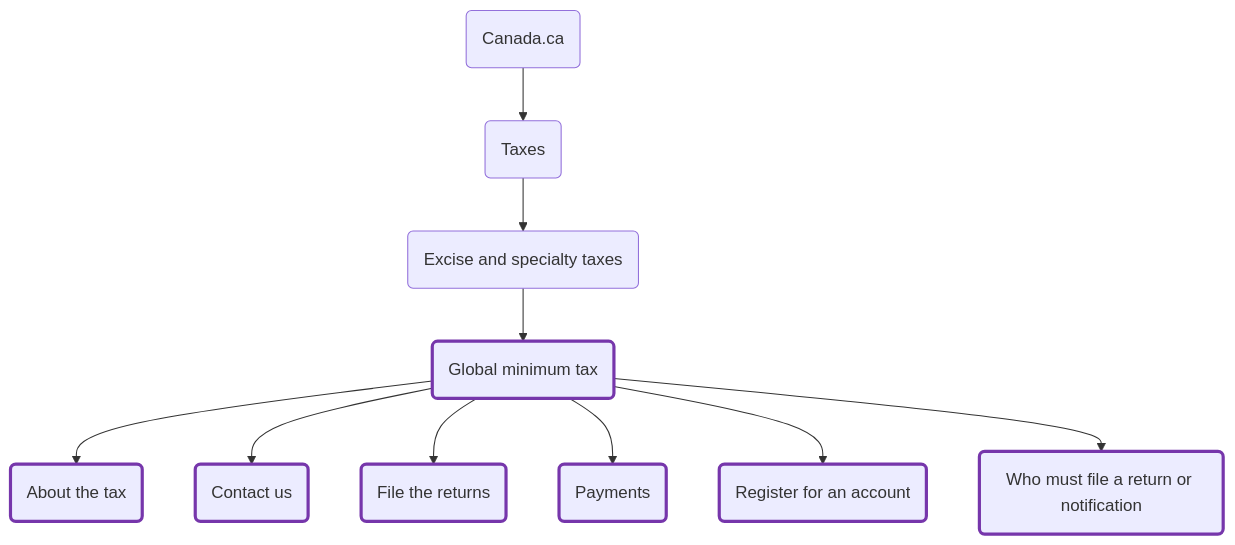
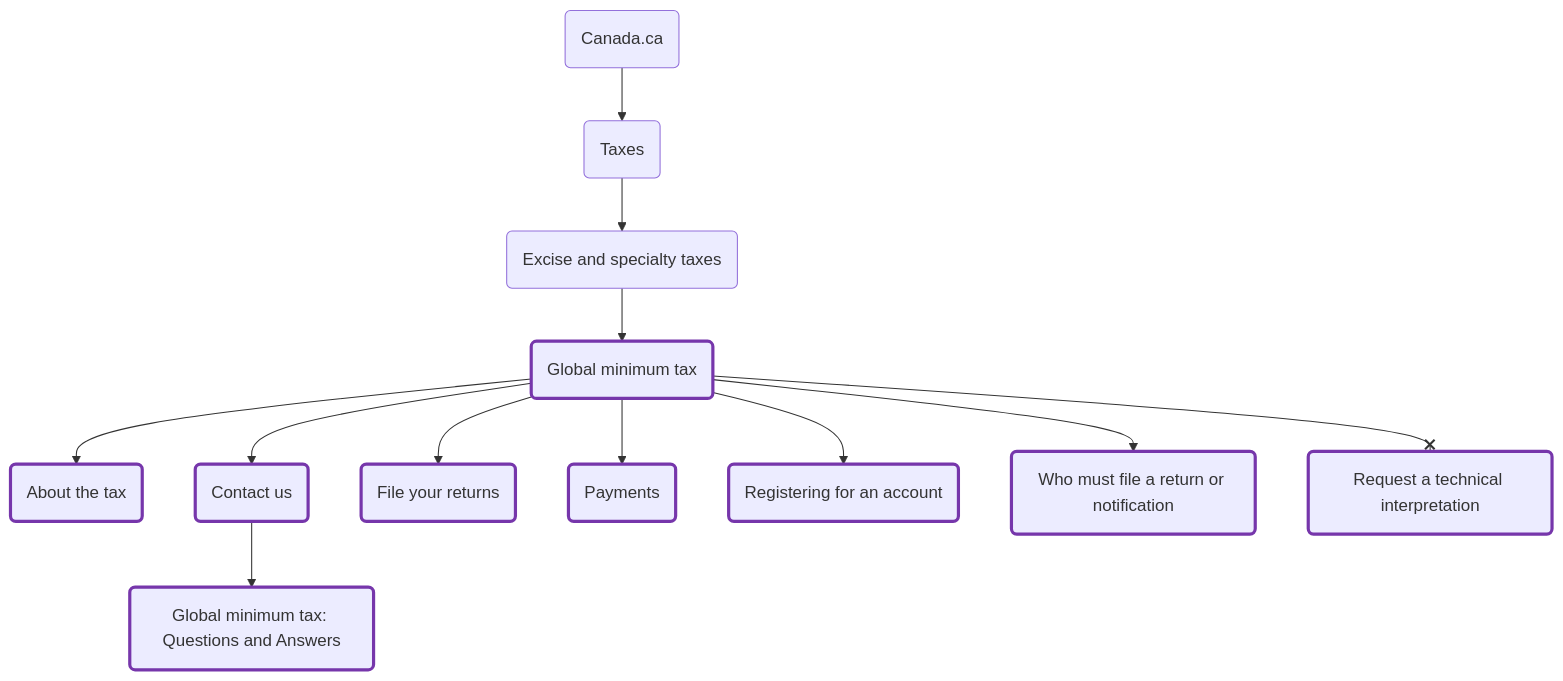
One commit to cra-proto/gmt-updates-2026 changed the diagram in README.md. Above: the diagram before and after it, drawn with Mermaid.

Commit message:
Update README.md (via Design Assistant)

````diff
--- a/README.md
+++ b/README.md
@@ -32,34 +32,40 @@
 ```mermaid
 flowchart TD;
     node1(Canada.ca)
     node2(Taxes)
     node3(Excise and specialty taxes)
     node4(Global minimum tax)
     node5(About the tax)
     node6(Contact us)
-    node7(File the returns)
-    node8(Payments)
-    node9(Register for an account)
-    node10(Who must file a return or notification)
+    node7(Global minimum tax: Questions and Answers)
+    node8(File your returns)
+    node9(Payments)
+    node10(Registering for an account)
+    node11(Who must file a return or notification)
+    node12(Request a technical interpretation)
     node1 --> node2
     node2 --> node3
     node3 --> node4
     node4 --> node5
     node4 --> node6
-    node4 --> node7
+    node6 --> node7
     node4 --> node8
     node4 --> node9
     node4 --> node10
+    node4 --> node11
+    node4 --x node12
     click node1 "https://www.canada.ca/en.html" _blank
     click node2 "https://www.canada.ca/en/services/taxes.html" _blank
     click node3 "https://www.canada.ca/en/services/taxes/excise-taxes-duties-and-levies.html" _blank
     click node4 "https://www.canada.ca/en/services/taxes/excise-taxes-duties-and-levies/global-minimum-tax.html" _blank
     click node5 "https://www.canada.ca/en/services/taxes/excise-taxes-duties-and-levies/global-minimum-tax/about.html" _blank
     click node6 "https://www.canada.ca/en/services/taxes/excise-taxes-duties-and-levies/global-minimum-tax/contact.html" _blank
-    click node7 "https://www.canada.ca/en/services/taxes/excise-taxes-duties-and-levies/global-minimum-tax/file-your-returns.html" _blank
-    click node8 "https://www.canada.ca/en/services/taxes/excise-taxes-duties-and-levies/global-minimum-tax/pay-the-tax.html" _blank
-    click node9 "https://www.canada.ca/en/services/taxes/excise-taxes-duties-and-levies/global-minimum-tax/register-account.html" _blank
-    click node10 "https://www.canada.ca/en/services/taxes/excise-taxes-duties-and-levies/global-minimum-tax/who-must-file.html" _blank
+    click node7 "https://www.canada.ca/en/services/taxes/excise-taxes-duties-and-levies/global-minimum-tax/contact/global-minimum-tax-faq.html" _blank
+    click node8 "https://www.canada.ca/en/services/taxes/excise-taxes-duties-and-levies/global-minimum-tax/file-your-returns.html" _blank
+    click node9 "https://www.canada.ca/en/services/taxes/excise-taxes-duties-and-levies/global-minimum-tax/pay-the-tax.html" _blank
+    click node10 "https://www.canada.ca/en/services/taxes/excise-taxes-duties-and-levies/global-minimum-tax/register-account.html" _blank
+    click node11 "https://www.canada.ca/en/services/taxes/excise-taxes-duties-and-levies/global-minimum-tax/who-must-file.html" _blank
+    click node12 "https://www.canada.ca/en/services/taxes/excise-taxes-duties-and-levies/global-minimum-tax/request-technical-interpretation.html" _blank
     classDef inscope stroke:#7636ab,stroke-width:3px
-    class node4,node5,node6,node7,node8,node9,node10 inscope
+    class node4,node5,node6,node7,node8,node9,node10,node11,node12 inscope
 ```
````
